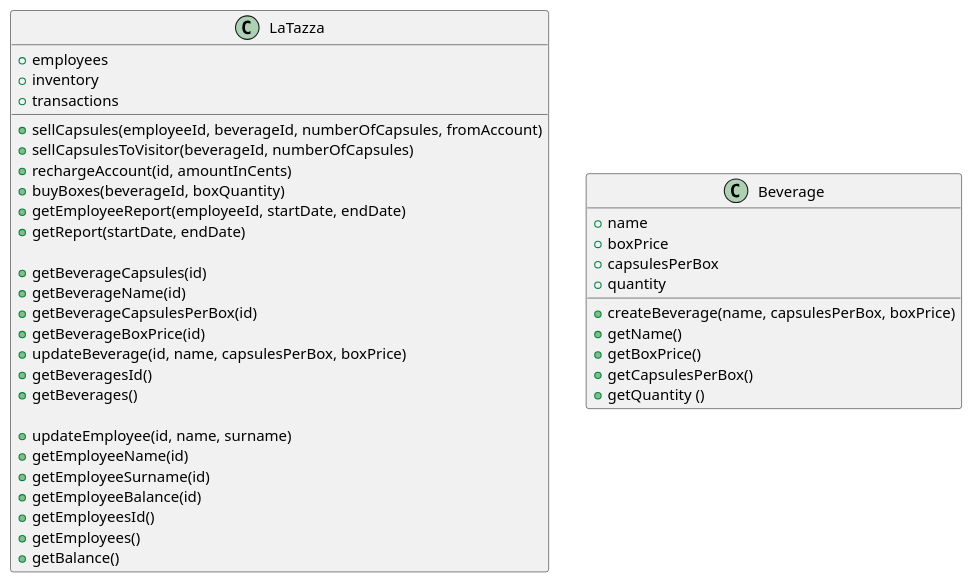
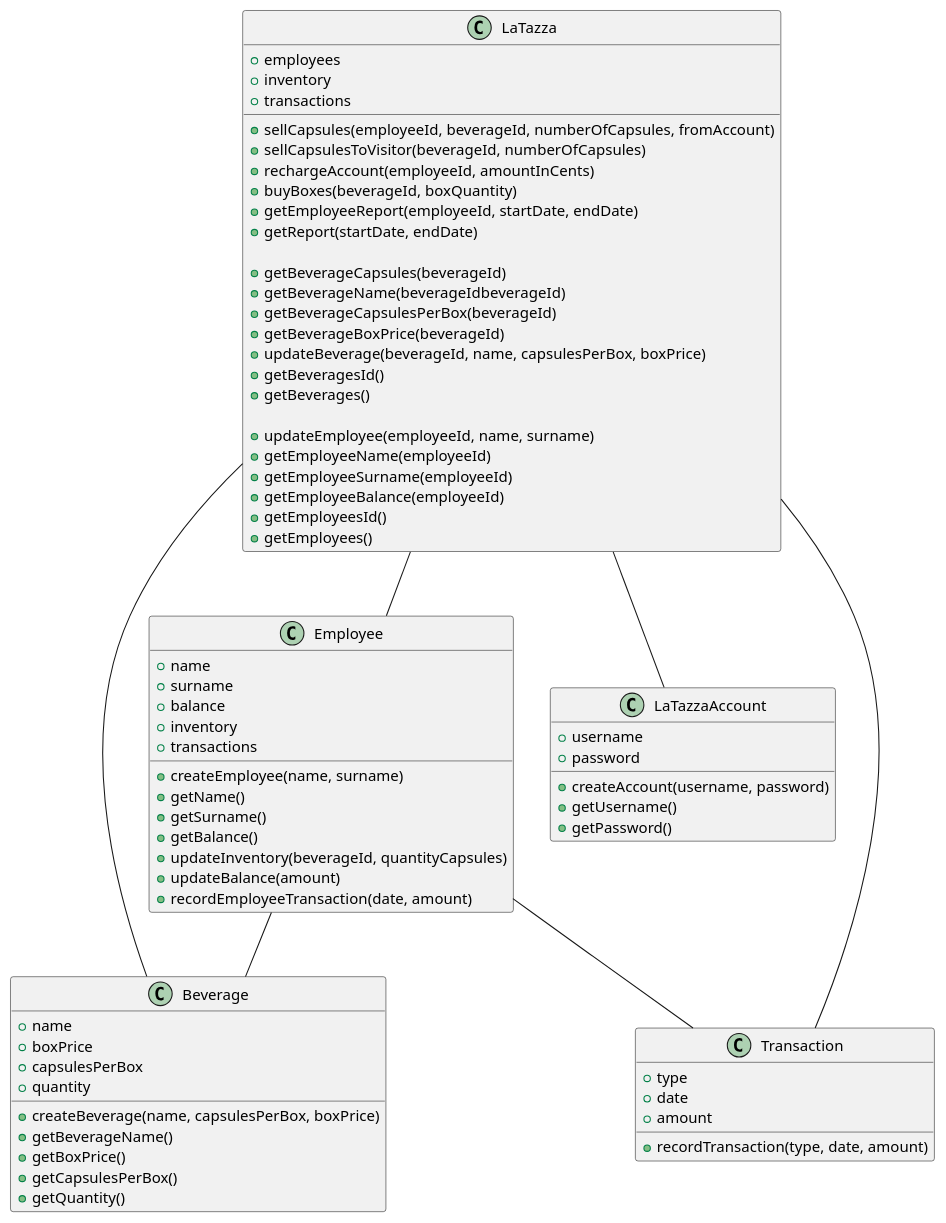
One commit to SimoneDutto/LaTazza changed the second of 3 diagrams in templates/DesignDocumentTemplate.md. Above: the diagram before and after it, drawn with PlantUML. The commit also changed other lines of this file, not shown here.

Commit message:
Add other classes and table with all methods' descriptions

````diff
--- a/templates/DesignDocumentTemplate.md
+++ b/templates/DesignDocumentTemplate.md
@@ -38,26 +40,25 @@
 
 {method} + sellCapsules(employeeId, beverageId, numberOfCapsules, fromAccount)
 {method} + sellCapsulesToVisitor(beverageId, numberOfCapsules)
-{method} + rechargeAccount(id, amountInCents) 
+{method} + rechargeAccount(employeeId, amountInCents) 
 {method} + buyBoxes(beverageId, boxQuantity)
 {method} + getEmployeeReport(employeeId, startDate, endDate)
 {method} + getReport(startDate, endDate)
 
-{method} + getBeverageCapsules(id)
-{method} + getBeverageName(id)
-{method} + getBeverageCapsulesPerBox(id)
-{method} + getBeverageBoxPrice(id)
-{method} + updateBeverage(id, name, capsulesPerBox, boxPrice)
+{method} + getBeverageCapsules(beverageId)
+{method} + getBeverageName(beverageIdbeverageId)
+{method} + getBeverageCapsulesPerBox(beverageId)
+{method} + getBeverageBoxPrice(beverageId)
+{method} + updateBeverage(beverageId, name, capsulesPerBox, boxPrice)
 {method} + getBeveragesId()
 {method} + getBeverages()
 
-{method} + updateEmployee(id, name, surname)
-{method} + getEmployeeName(id)
-{method} + getEmployeeSurname(id)
-{method} + getEmployeeBalance(id)
+{method} + updateEmployee(employeeId, name, surname)
+{method} + getEmployeeName(employeeId)
+{method} + getEmployeeSurname(employeeId)
+{method} + getEmployeeBalance(employeeId)
 {method} + getEmployeesId()
 {method} + getEmployees()
-{method} + getBalance()
 }
 
 class Beverage {
@@ -67,9 +68,50 @@
 + quantity
 
 {method} + createBeverage(name, capsulesPerBox, boxPrice)
-{method} + getName()
+{method} + getBeverageName()
 {method} + getBoxPrice()
 {method} + getCapsulesPerBox()
-{method} + getQuantity ()
+{method} + getQuantity()
 }
+
+class Employee {
++ name
++ surname
++ balance
++ inventory
++ transactions
+
+{method} + createEmployee(name, surname)
+{method} + getName()
+{method} + getSurname()
+{method} + getBalance()
+{method} + updateInventory(beverageId, quantityCapsules)
+{method} + updateBalance(amount)
+{method} + recordEmployeeTransaction(date, amount)
+}
+
+class LaTazzaAccount {
++ username
++ password
+
+{method} + createAccount(username, password)
+{method} + getUsername()
+{method} + getPassword()
+}
+
+class Transaction {
++ type
++ date
++ amount
+
+{method} + recordTransaction(type, date, amount)
+}
+
+LaTazza -- LaTazzaAccount
+LaTazza -- Employee
+LaTazza -- Transaction
+LaTazza -- Beverage
+
+Employee -- Beverage
+Employee -- Transaction
 ```
````
